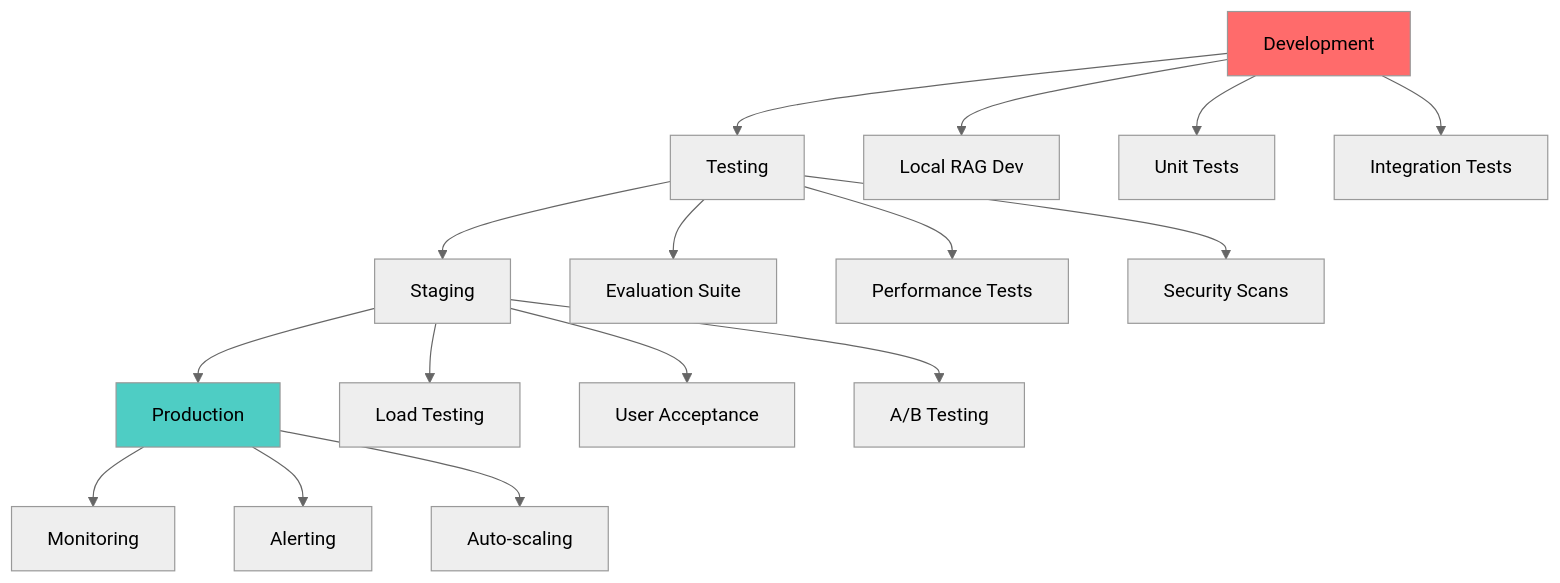
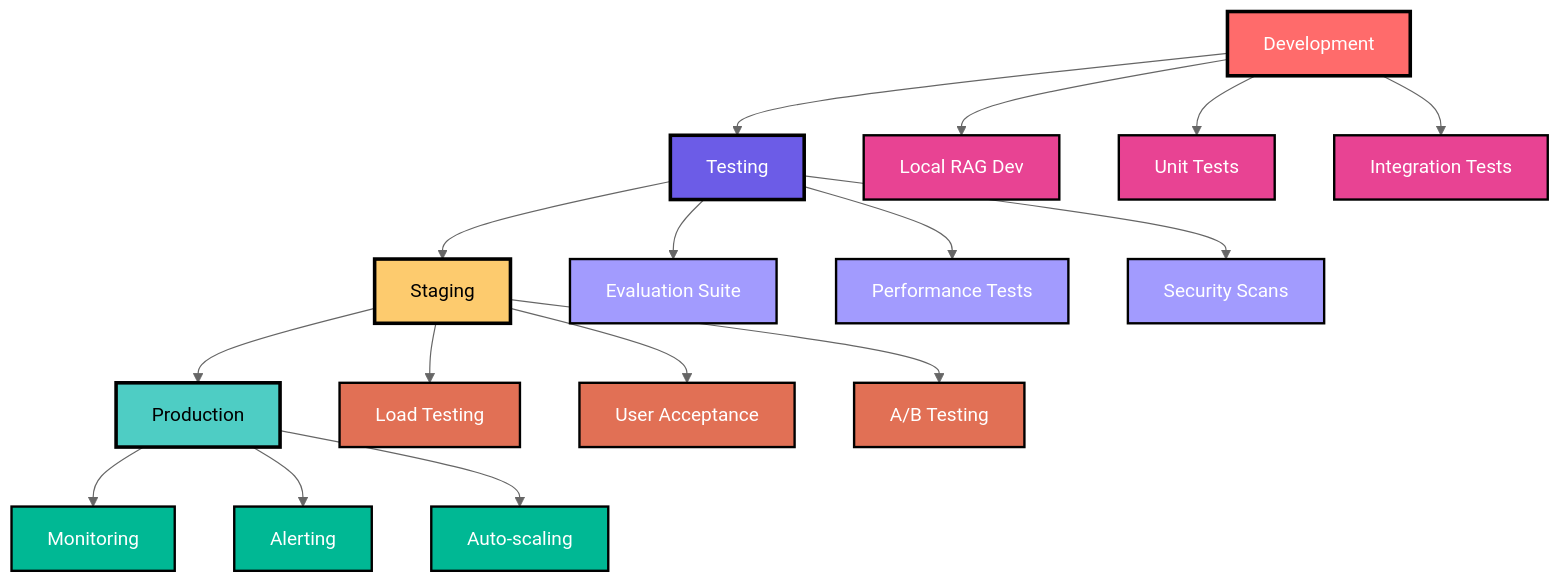
The tenth of 10 diagrams in AI resources.md (MicrosoftStudentChapter/Tech-Resources), drawn with Mermaid (neutral theme) before and after one commit. The commit also changed other lines of this file, not shown here.

````diff
--- a/AI resources.md
+++ b/AI resources.md
@@ -904,25 +993,43 @@
 ```mermaid
 graph TD
     A[Development] --> B[Testing]
     B --> C[Staging]
     C --> D[Production]
     
     A --> A1[Local RAG Dev]
     A --> A2[Unit Tests]
     A --> A3[Integration Tests]
     
     B --> B1[Evaluation Suite]
     B --> B2[Performance Tests]
     B --> B3[Security Scans]
     
     C --> C1[Load Testing]
     C --> C2[User Acceptance]
     C --> C3[A/B Testing]
     
     D --> D1[Monitoring]
     D --> D2[Alerting]
     D --> D3[Auto-scaling]
     
-    style A fill:#ff6b6b
-    style D fill:#4ecdc4
+    style A fill:#ff6b6b,stroke:#000,stroke-width:3px,color:#fff
+    style B fill:#6c5ce7,stroke:#000,stroke-width:3px,color:#fff
+    style C fill:#fdcb6e,stroke:#000,stroke-width:3px,color:#000
+    style D fill:#4ecdc4,stroke:#000,stroke-width:3px,color:#000
+    
+    style A1 fill:#e84393,stroke:#000,stroke-width:2px,color:#fff
+    style A2 fill:#e84393,stroke:#000,stroke-width:2px,color:#fff
+    style A3 fill:#e84393,stroke:#000,stroke-width:2px,color:#fff
+    
+    style B1 fill:#a29bfe,stroke:#000,stroke-width:2px,color:#fff
+    style B2 fill:#a29bfe,stroke:#000,stroke-width:2px,color:#fff
+    style B3 fill:#a29bfe,stroke:#000,stroke-width:2px,color:#fff
+    
+    style C1 fill:#e17055,stroke:#000,stroke-width:2px,color:#fff
+    style C2 fill:#e17055,stroke:#000,stroke-width:2px,color:#fff
+    style C3 fill:#e17055,stroke:#000,stroke-width:2px,color:#fff
+    
+    style D1 fill:#00b894,stroke:#000,stroke-width:2px,color:#fff
+    style D2 fill:#00b894,stroke:#000,stroke-width:2px,color:#fff
+    style D3 fill:#00b894,stroke:#000,stroke-width:2px,color:#fff
 ```
````
